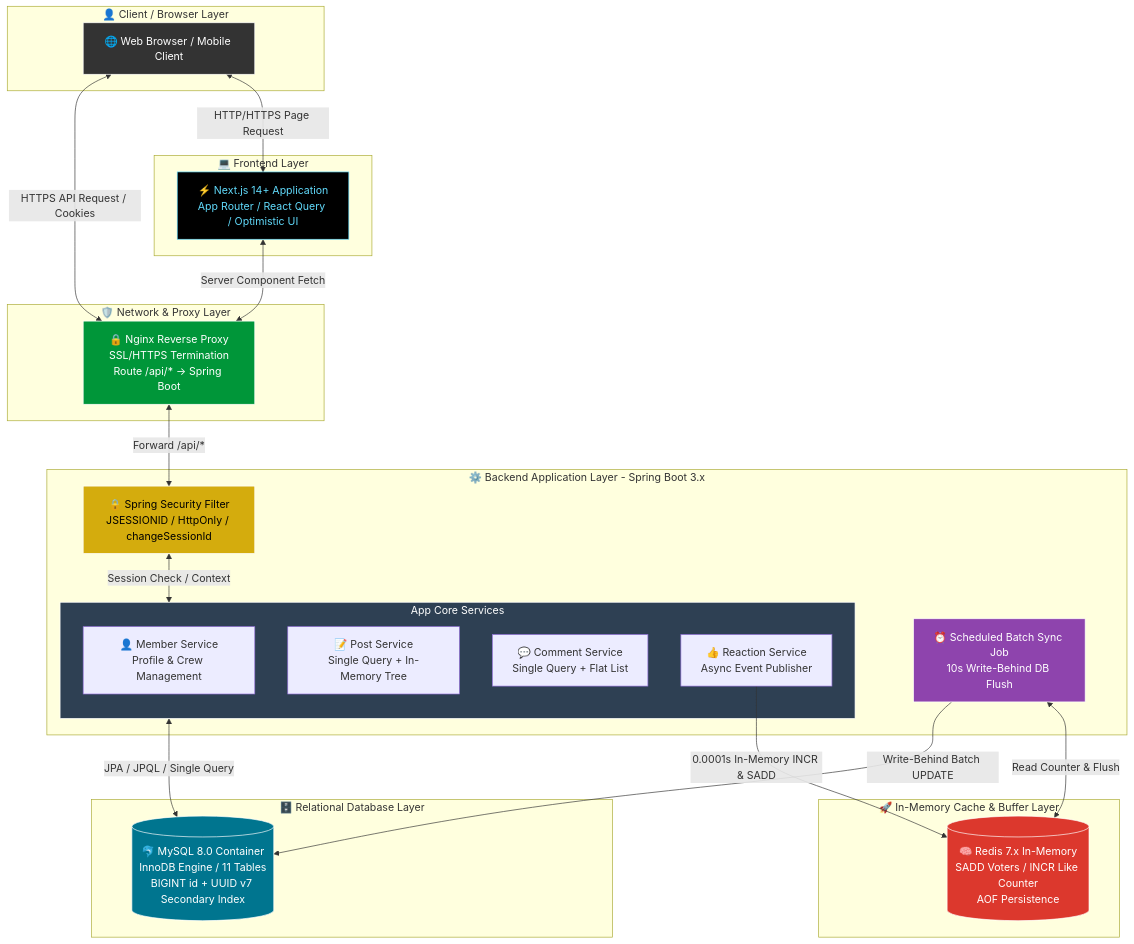
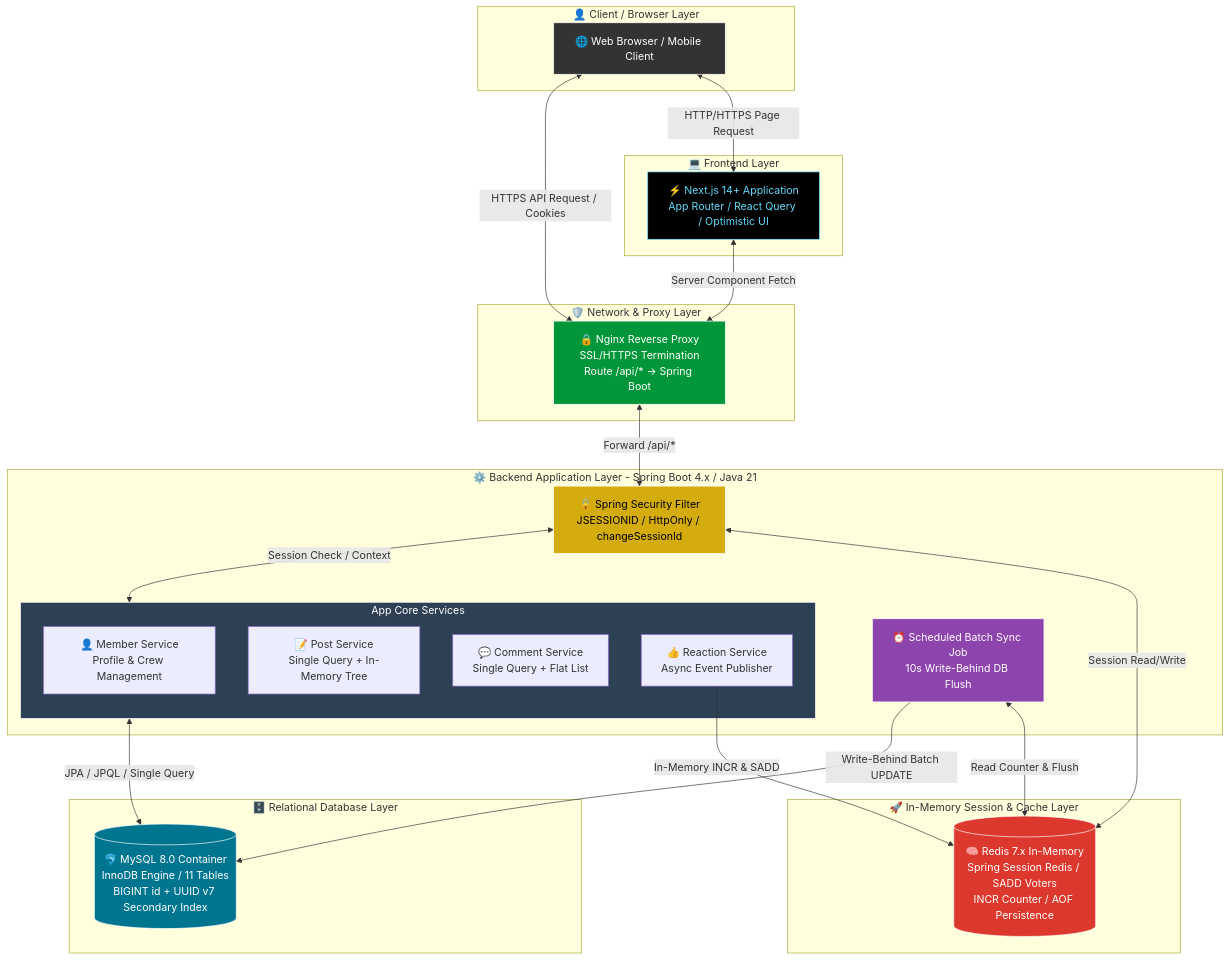
One commit to devikae/snowthing changed the diagram in docs/conception/sprint01/07.system-architecture.md. Above: the diagram before and after it, drawn with Mermaid. The commit also changed other lines of this file and 58 other files, not shown here.

````diff
--- a/docs/conception/sprint01/07.system-architecture.md
+++ b/docs/conception/sprint01/07.system-architecture.md
@@ -13,65 +13,66 @@
 ```mermaid
 flowchart TB
     %% 클라이언트 레이어
     subgraph Client_Layer [👤 Client / Browser Layer]
         Browser[🌐 Web Browser / Mobile Client]
     end
 
     %% 프론트엔드 레이어
     subgraph Frontend_Layer [💻 Frontend Layer]
         NextJS[⚡ Next.js 14+ Application<br/>App Router / React Query / Optimistic UI]
     end
 
     %% 네트워크 & 프록시 레이어
     subgraph Proxy_Layer [🛡️ Network & Proxy Layer]
         Nginx[🔒 Nginx Reverse Proxy<br/>SSL/HTTPS Termination<br/>Route /api/* -> Spring Boot]
     end
 
     %% 백엔드 애플리케이션 레이어
-    subgraph Backend_Layer [⚙️ Backend Application Layer - Spring Boot 3.x]
+    subgraph Backend_Layer [⚙️ Backend Application Layer - Spring Boot 4.x / Java 21]
         SecFilter[🔒 Spring Security Filter<br/>JSESSIONID / HttpOnly / changeSessionId]
         
         subgraph Core_App [App Core Services]
             MemberSvc[👤 Member Service<br/>Profile & Crew Management]
             PostSvc[📝 Post Service<br/>Single Query + In-Memory Tree]
             CommentSvc[💬 Comment Service<br/>Single Query + Flat List]
             ReactionSvc[👍 Reaction Service<br/>Async Event Publisher]
         end
         
         BatchJob[⏰ Scheduled Batch Sync Job<br/>10s Write-Behind DB Flush]
     end
 
-    %% 인메모리 캐시 & 분산 락 레이어
-    subgraph Cache_Layer [🚀 In-Memory Cache & Buffer Layer]
-        Redis[(🧠 Redis 7.x In-Memory<br/>SADD Voters / INCR Like Counter<br/>AOF Persistence)]
+    %% 인메모리 캐시 & 세션 레이어
+    subgraph Cache_Layer [🚀 In-Memory Session & Cache Layer]
+        Redis[(🧠 Redis 7.x In-Memory<br/>Spring Session Redis / SADD Voters<br/>INCR Counter / AOF Persistence)]
     end
 
     %% 릴레이셔널 데이터베이스 레이어
     subgraph Database_Layer [🗄️ Relational Database Layer]
         MySQL[(🐬 MySQL 8.0 Container<br/>InnoDB Engine / 11 Tables<br/>BIGINT id + UUID v7 Secondary Index)]
     end
 
     %% 데이터 흐름 연결
     Browser <-->|HTTP/HTTPS Page Request| NextJS
     Browser <-->|HTTPS API Request / Cookies| Nginx
     NextJS <-->|Server Component Fetch| Nginx
     
     Nginx <-->|Forward /api/*| SecFilter
     SecFilter <-->|Session Check / Context| Core_App
     
-    ReactionSvc -->|0.0001s In-Memory INCR & SADD| Redis
+    ReactionSvc -->|In-Memory INCR & SADD| Redis
+    SecFilter <-->|Session Read/Write| Redis
     BatchJob <-->|Read Counter & Flush| Redis
     
     Core_App <-->|JPA / JPQL / Single Query| MySQL
     BatchJob -->|Write-Behind Batch UPDATE| MySQL
 
     %% 스타일링
     style Browser fill:#333,stroke:#fff,color:#fff
     style NextJS fill:#000,stroke:#61dafb,color:#61dafb
     style Nginx fill:#009639,stroke:#fff,color:#fff
     style SecFilter fill:#d4ac0d,stroke:#fff,color:#000
     style Core_App fill:#2e4053,stroke:#fff,color:#fff
     style Redis fill:#dc382d,stroke:#fff,color:#fff
     style MySQL fill:#00758f,stroke:#fff,color:#fff
     style BatchJob fill:#8e44ad,stroke:#fff,color:#fff
 ```
````
